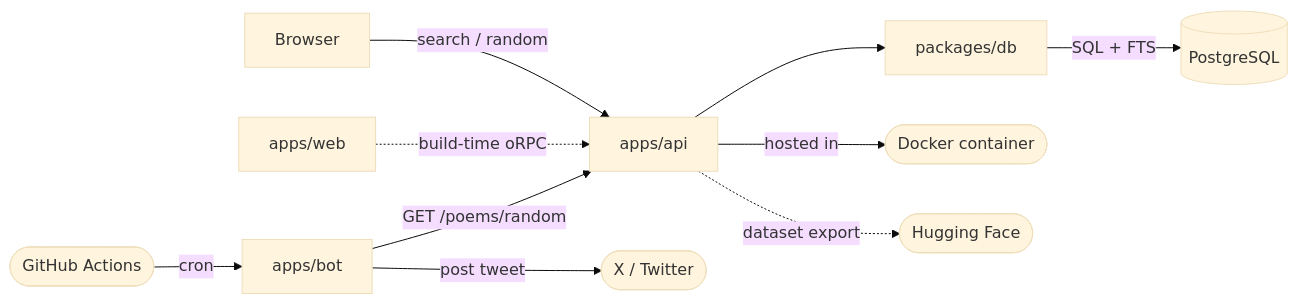
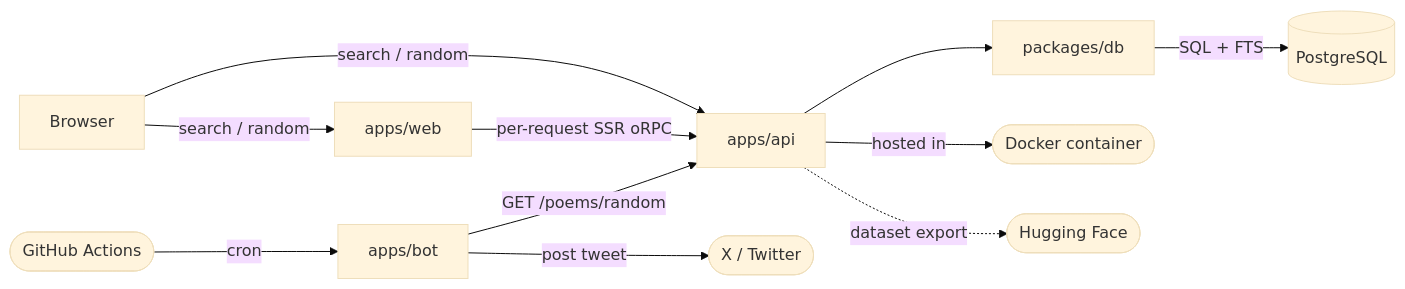
The second of 2 diagrams in README.md (Klomgor/qafiyah), drawn with Mermaid (base theme) before and after one commit. The commit also changed other lines of this file, not shown here.

Commit message:
docs: update README to reflect on-demand SSR architecture and clarify data flow

````diff
--- a/README.md
+++ b/README.md
@@ -186,12 +187,13 @@
 ```mermaid
 graph LR
-  BROWSER["Browser"] -->|"search / random"| API["apps/api"]
-  WEB["apps/web"] -.->|"build-time oRPC"| API
+  BROWSER["Browser"] -->|"search / random"| WEB["apps/web"]
+  BROWSER -->|"search / random"| API["apps/api"]
+  WEB -->|"per-request SSR oRPC"| API
   API --> DB["packages/db"]
   DB -->|"SQL + FTS"| PG[("PostgreSQL")]
   API -->|"hosted in"| CF(["Docker container"])
   GHA(["GitHub Actions"]) -->|"cron"| BOT["apps/bot"]
   BOT -->|"GET /poems/random"| API
   BOT -->|"post tweet"| TW(["X / Twitter"])
   API -.->|"dataset export"| HF(["Hugging Face"])
 ```
````
